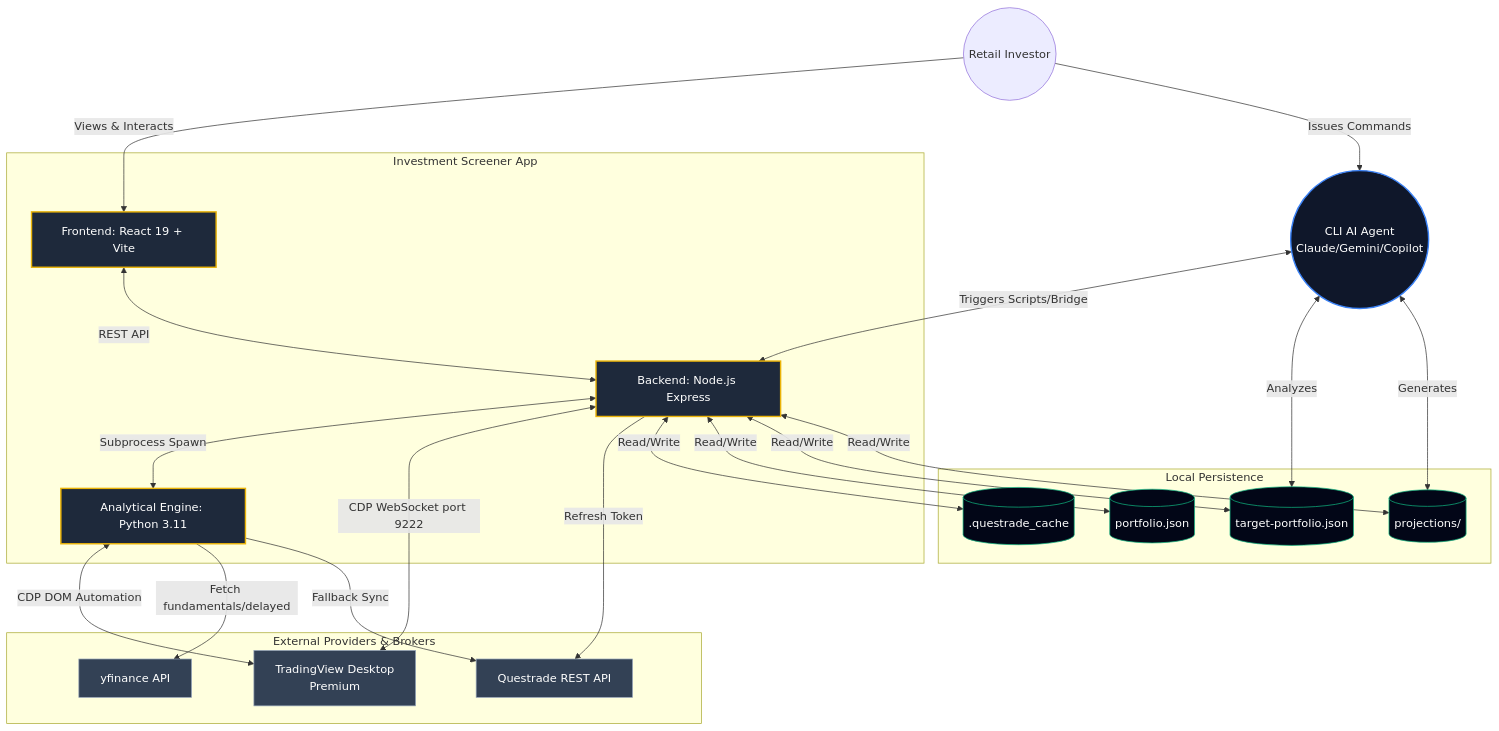
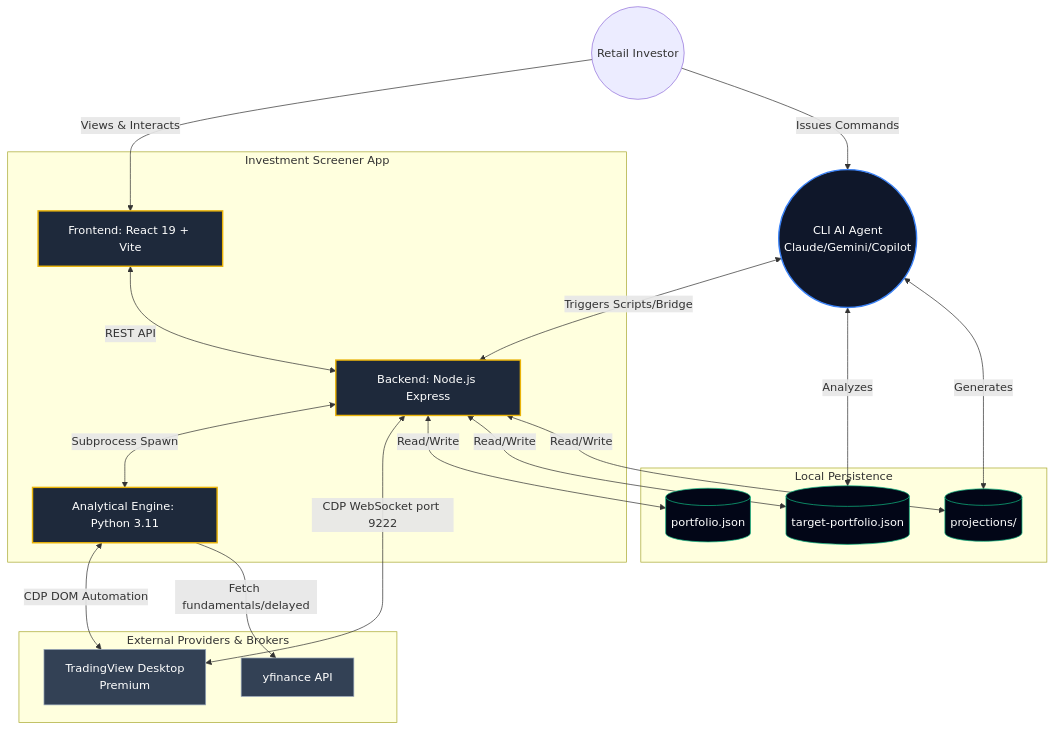
The diagram in docs/architecture/system_context.mmd (richfrem/InvestmentToolkit), drawn with Mermaid before and after one commit. The commit also changed 50 other files, not shown here.

```diff
--- a/docs/architecture/system_context.mmd
+++ b/docs/architecture/system_context.mmd
@@ -1,63 +1,58 @@
 graph TD
     %% Core Users
     User((Retail Investor))
     AIAgent((CLI AI Agent\nClaude/Gemini/Copilot))
 
     %% Frontend & Backend
     subgraph "Investment Screener App"
         UI[Frontend: React 19 + Vite]
         Backend[Backend: Node.js Express]
         PyLayer[Analytical Engine: Python 3.11]
         
         UI <-->|REST API| Backend
         Backend <-->|Subprocess Spawn| PyLayer
     end
 
     %% Data & Execution Sources
     subgraph "External Providers & Brokers"
         TV[TradingView Desktop\nPremium]
         YF[yfinance API]
-        QT[Questrade REST API]
     end
 
     %% State & Data
     subgraph "Local Persistence"
         PortfolioDB[(portfolio.json)]
         TargetDB[(target-portfolio.json)]
         ProjectionsDB[(projections/)]
-        Cache[(.questrade_cache)]
     end
 
     %% Interactions
     User -->|Views & Interacts| UI
     User -->|Issues Commands| AIAgent
 
     %% TV Integration
     Backend <-->|CDP WebSocket port 9222| TV
     PyLayer <-->|CDP DOM Automation| TV
 
     %% External Data
     PyLayer -->|Fetch fundamentals/delayed| YF
-    PyLayer -->|Fallback Sync| QT
-    Backend -->|Refresh Token| QT
-    Backend <-->|Read/Write| Cache
 
     %% Local DB access
     Backend <-->|Read/Write| PortfolioDB
     Backend <-->|Read/Write| TargetDB
     Backend <-->|Read/Write| ProjectionsDB
 
     %% Agent Interactions
     AIAgent <-->|Triggers Scripts/Bridge| Backend
     AIAgent <-->|Analyzes| TargetDB
     AIAgent <-->|Generates| ProjectionsDB
 
     classDef core fill:#1e293b,stroke:#eab308,stroke-width:2px,color:#fff;
     classDef agent fill:#0f172a,stroke:#3b82f6,stroke-width:2px,color:#fff;
     classDef external fill:#334155,stroke:#94a3b8,stroke-width:1px,color:#fff;
     classDef db fill:#020617,stroke:#10b981,stroke-width:1px,color:#fff;
 
     class UI,Backend,PyLayer core;
     class AIAgent agent;
-    class TV,YF,QT external;
-    class PortfolioDB,TargetDB,ProjectionsDB,Cache db;
+    class TV,YF external;
+    class PortfolioDB,TargetDB,ProjectionsDB db;
```
